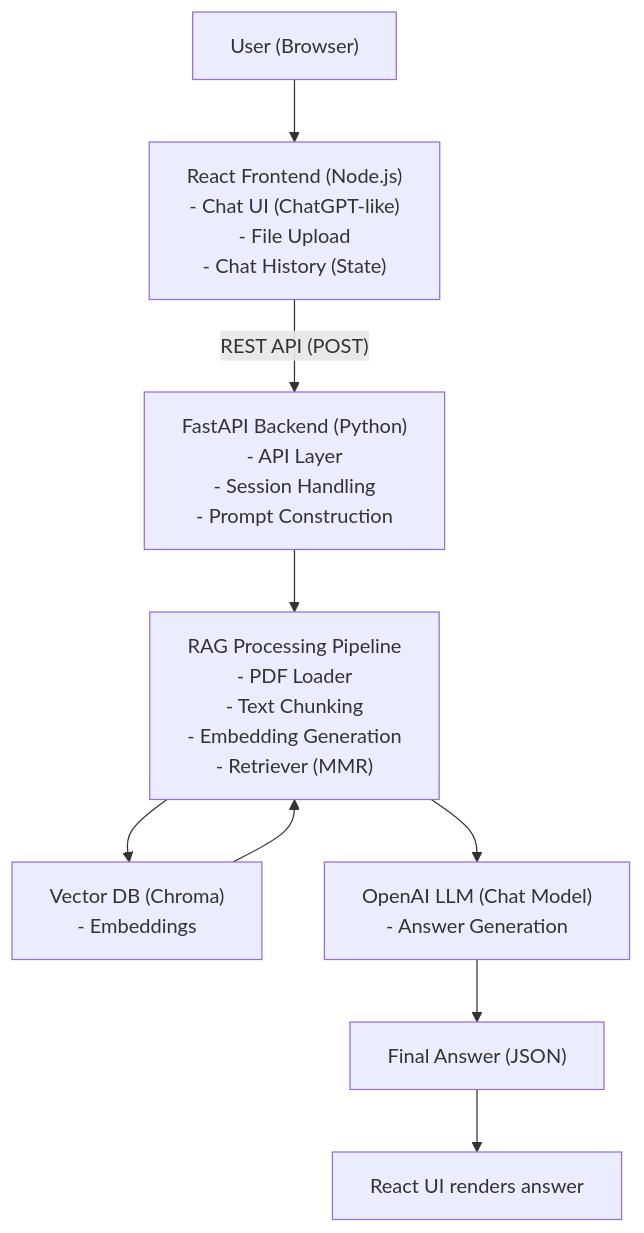
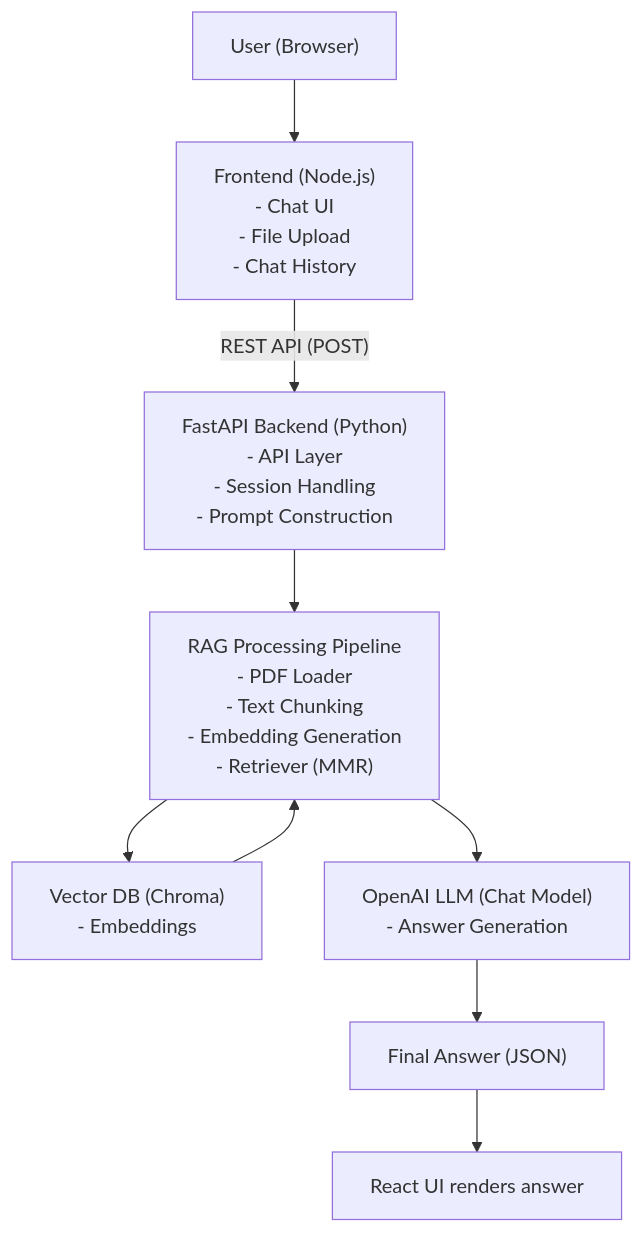
The diagram in README.md (ravi-codez/VajraX), drawn with Mermaid before and after one commit.

````diff
--- a/README.md
+++ b/README.md
@@ -17,39 +17,39 @@
 ```mermaid
 flowchart TD
     U["User (Browser)"]
 
-    FE["React Frontend (Node.js)
-    - Chat UI (ChatGPT-like)
+    FE["Frontend (Node.js)
+    - Chat UI
     - File Upload
-    - Chat History (State)"]
+    - Chat History"]
 
     BE["FastAPI Backend (Python)
     - API Layer
     - Session Handling
     - Prompt Construction"]
 
     RAG["RAG Processing Pipeline
     - PDF Loader
     - Text Chunking
     - Embedding Generation
     - Retriever (MMR)"]
 
     VDB["Vector DB (Chroma)
     - Embeddings"]
 
     LLM["OpenAI LLM (Chat Model)
     - Answer Generation"]
 
     FA["Final Answer (JSON)"]
 
     UI["React UI renders answer"]
 
     U --> FE
     FE -->|"REST API (POST)"| BE
     BE --> RAG
     RAG --> VDB
     RAG --> LLM
     VDB --> RAG
     LLM --> FA
     FA --> UI
 ```
````
